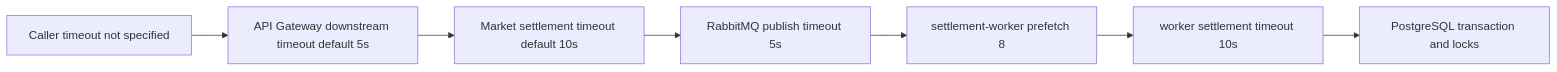
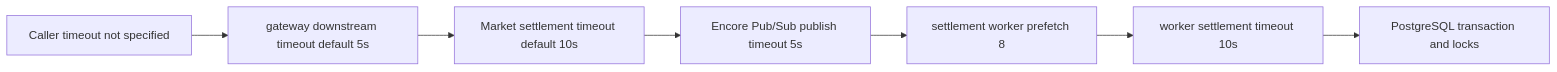
Before and after one commit to QuasarRay/eve-trade: the diagram in Architecture/ISO-42010/11-performance-capacity-view.md, drawn with Mermaid. The commit also changed other lines of this file and 1036 other files, not shown here.

````diff
--- a/Architecture/ISO-42010/11-performance-capacity-view.md
+++ b/Architecture/ISO-42010/11-performance-capacity-view.md
@@ -24,9 +24,9 @@
 ```mermaid
 flowchart LR
-  Caller["Caller timeout not specified"] --> Gateway["API Gateway downstream timeout default 5s"]
+  Caller["Caller timeout not specified"] --> Gateway["gateway downstream timeout default 5s"]
   Gateway --> Market["Market settlement timeout default 10s"]
-  Market --> Rabbit["RabbitMQ publish timeout 5s"]
-  Rabbit --> Worker["settlement-worker prefetch 8"]
+  Market --> Rabbit["Encore Pub/Sub publish timeout 5s"]
+  Rabbit --> Worker["settlement worker prefetch 8"]
   Worker --> Settlement["worker settlement timeout 10s"]
   Settlement --> DB["PostgreSQL transaction and locks"]
 ```
````
